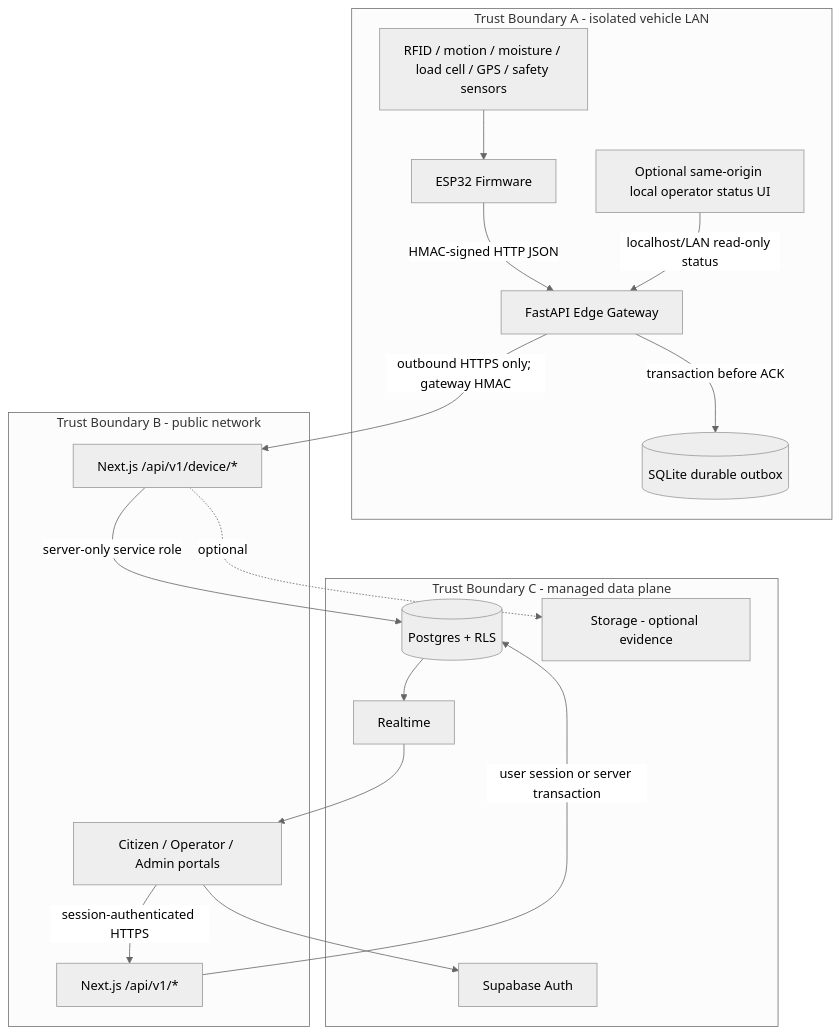
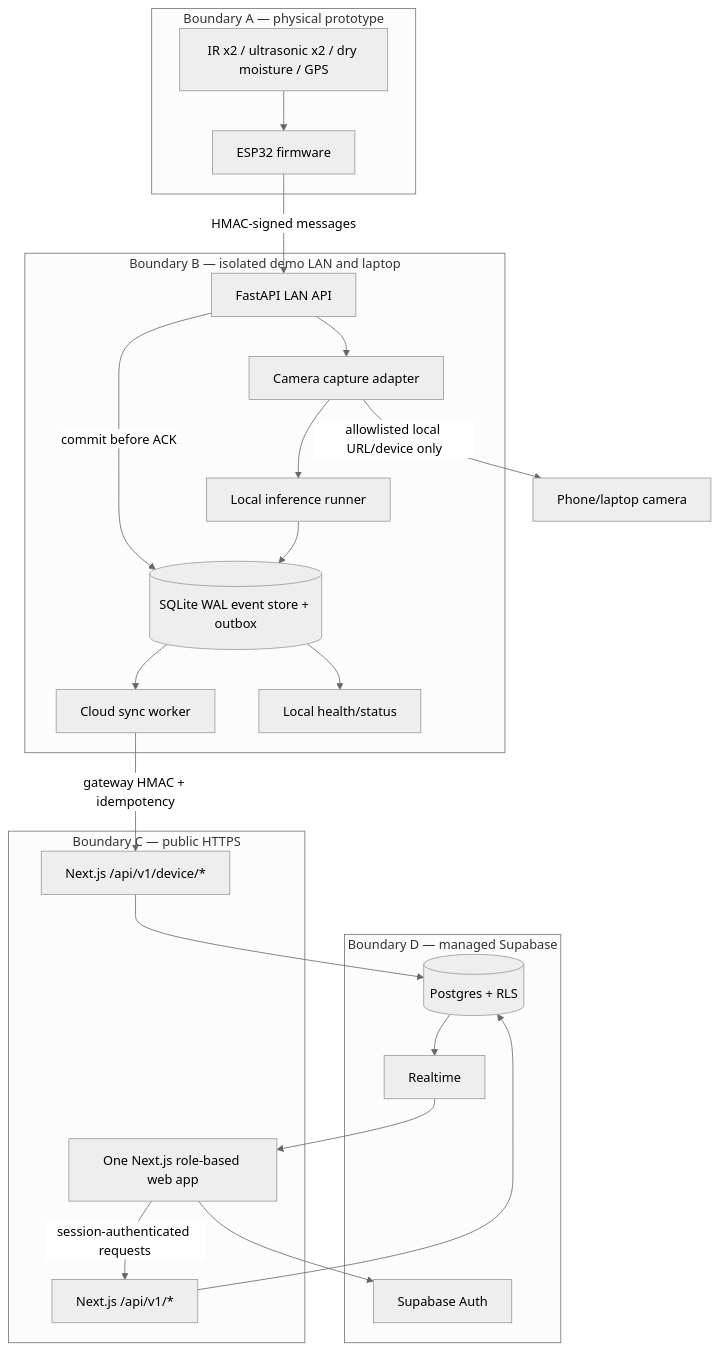
Before and after one commit to Vortex-ParthAjmera/Smart-Waste-Ecosystem: the second of 8 diagrams in DOCUMENTATION/02_SYSTEM_ARCHITECTURE.md, drawn with Mermaid (neutral theme). The commit also changed other lines of this file and 25 other files, not shown here.

````diff
--- a/DOCUMENTATION/02_SYSTEM_ARCHITECTURE.md
+++ b/DOCUMENTATION/02_SYSTEM_ARCHITECTURE.md
@@ -71,37 +67,46 @@
 ```mermaid
 flowchart TB
-    subgraph VehicleLAN[Trust Boundary A - isolated vehicle LAN]
-        Sensors[RFID / motion / moisture / load cell / GPS / safety sensors]
-        Firmware[ESP32 Firmware]
-        Gateway[FastAPI Edge Gateway]
-        Queue[(SQLite durable outbox)]
-        LocalUI[Optional same-origin local operator status UI]
-
+    subgraph DeviceBoundary[Boundary A — physical prototype]
+        Sensors[IR x2 / ultrasonic x2 / dry moisture / GPS]
+        Firmware[ESP32 firmware]
         Sensors --> Firmware
-        Firmware -->|HMAC-signed HTTP JSON| Gateway
-        Gateway -->|transaction before ACK| Queue
-        LocalUI -->|localhost/LAN read-only status| Gateway
     end
 
-    subgraph Internet[Trust Boundary B - public network]
+    subgraph EdgeBoundary[Boundary B — isolated demo LAN and laptop]
+        EdgeAPI[FastAPI LAN API]
+        Queue[(SQLite WAL event store + outbox)]
+        Capture[Camera capture adapter]
+        Inference[Local inference runner]
+        Sync[Cloud sync worker]
+        Health[Local health/status]
+
+        EdgeAPI -->|commit before ACK| Queue
+        EdgeAPI --> Capture
+        Capture --> Inference
+        Inference --> Queue
+        Queue --> Sync
+        Queue --> Health
+    end
+
+    subgraph PublicBoundary[Boundary C — public HTTPS]
         DeviceAPI[Next.js /api/v1/device/*]
         UserAPI[Next.js /api/v1/*]
-        Web[Citizen / Operator / Admin portals]
+        Web[One Next.js role-based web app]
     end
 
-    subgraph SupabaseBoundary[Trust Boundary C - managed data plane]
+    subgraph DataBoundary[Boundary D — managed Supabase]
         Auth[Supabase Auth]
         PG[(Postgres + RLS)]
         RT[Realtime]
-        Store[Storage - optional evidence]
     end
 
-    Gateway -->|outbound HTTPS only; gateway HMAC| DeviceAPI
-    Web -->|session-authenticated HTTPS| UserAPI
-    DeviceAPI -->|server-only service role| PG
-    UserAPI -->|user session or server transaction| PG
+    Firmware -->|HMAC-signed messages| EdgeAPI
+    Capture -->|allowlisted local URL/device only| CameraSource[Phone/laptop camera]
+    Sync -->|gateway HMAC + idempotency| DeviceAPI
+    Web -->|session-authenticated requests| UserAPI
     Web --> Auth
+    DeviceAPI --> PG
+    UserAPI --> PG
     PG --> RT
     RT --> Web
-    DeviceAPI -. optional .-> Store
 ```
````
